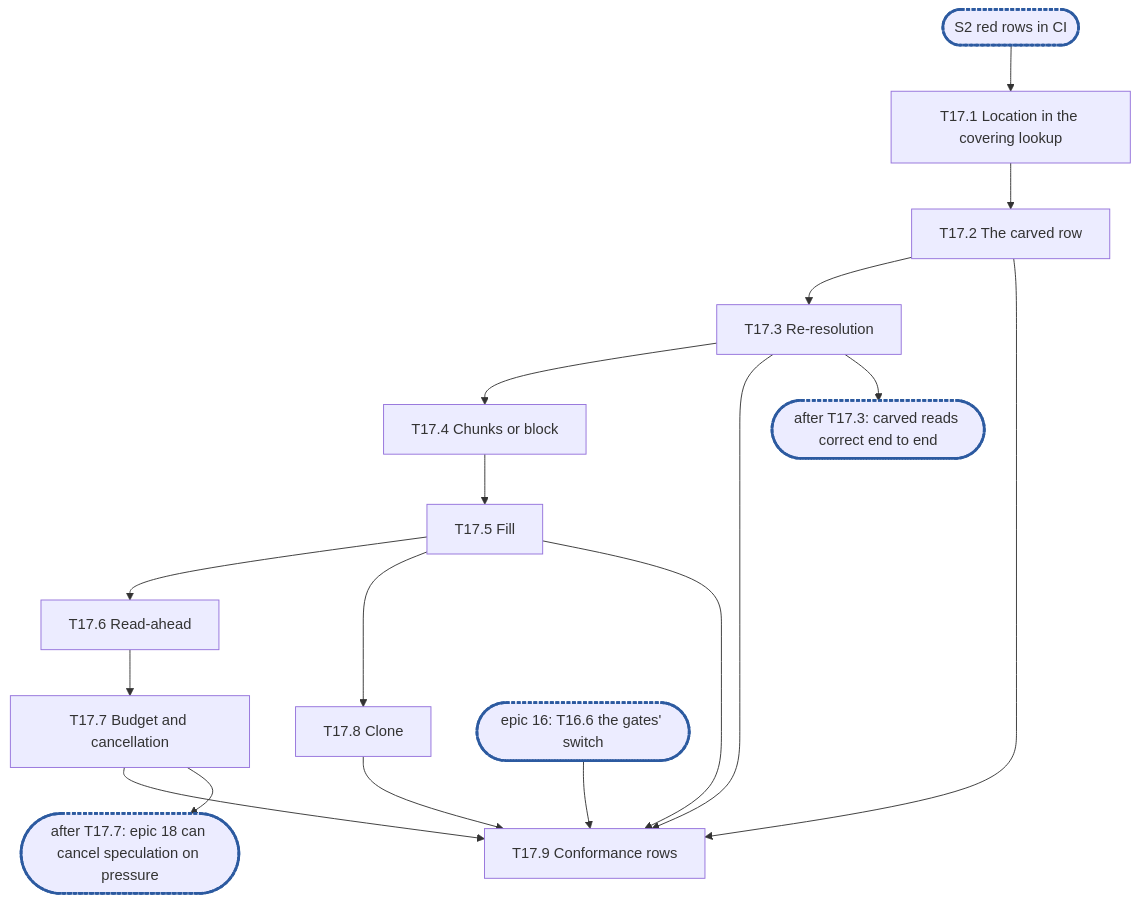
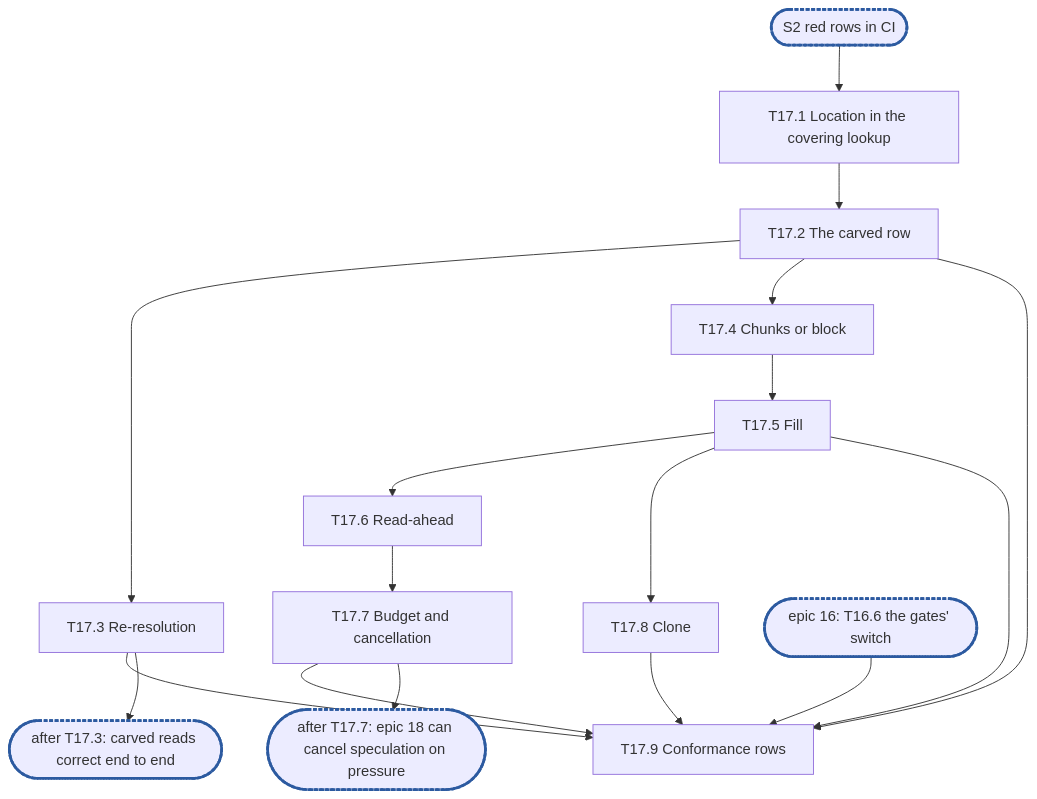
One commit to cubbit/dittofs changed the diagram in .planning/rfc-8-offload-engine-epic17.md. Above: the diagram before and after it, drawn with Mermaid. The commit also changed other lines of this file and 3 other files, not shown here.

````diff
--- a/.planning/rfc-8-offload-engine-epic17.md
+++ b/.planning/rfc-8-offload-engine-epic17.md
@@ -685,12 +782,13 @@
 ```mermaid
 flowchart TD
   S2(["S2 red rows in CI"]):::sync --> T17_1["T17.1 Location in the covering lookup"]
-  T17_1 --> T17_2["T17.2 The carved row"] --> T17_3["T17.3 Re-resolution"] --> T17_4["T17.4 Chunks or block"]
+  T17_1 --> T17_2["T17.2 The carved row"] --> T17_3["T17.3 Re-resolution"]
+  T17_2 --> T17_4["T17.4 Chunks or block"]
   T17_4 --> T17_5["T17.5 Fill"] --> T17_6["T17.6 Read-ahead"] --> T17_7["T17.7 Budget and cancellation"]
   T17_5 --> T17_8["T17.8 Clone"]
   T17_2 & T17_3 & T17_5 & T17_7 & T17_8 --> T17_9["T17.9 Conformance rows"]
   EPIC16(["epic 16: T16.6 the gates' switch"]):::sync --> T17_9
   T17_3 --> C1(["after T17.3: carved reads correct end to end"]):::sync
   T17_7 --> C2(["after T17.7: epic 18 can cancel speculation on pressure"]):::sync
   classDef sync stroke:#2c5aa0,stroke-width:3px,stroke-dasharray:4 2
 ```
````
